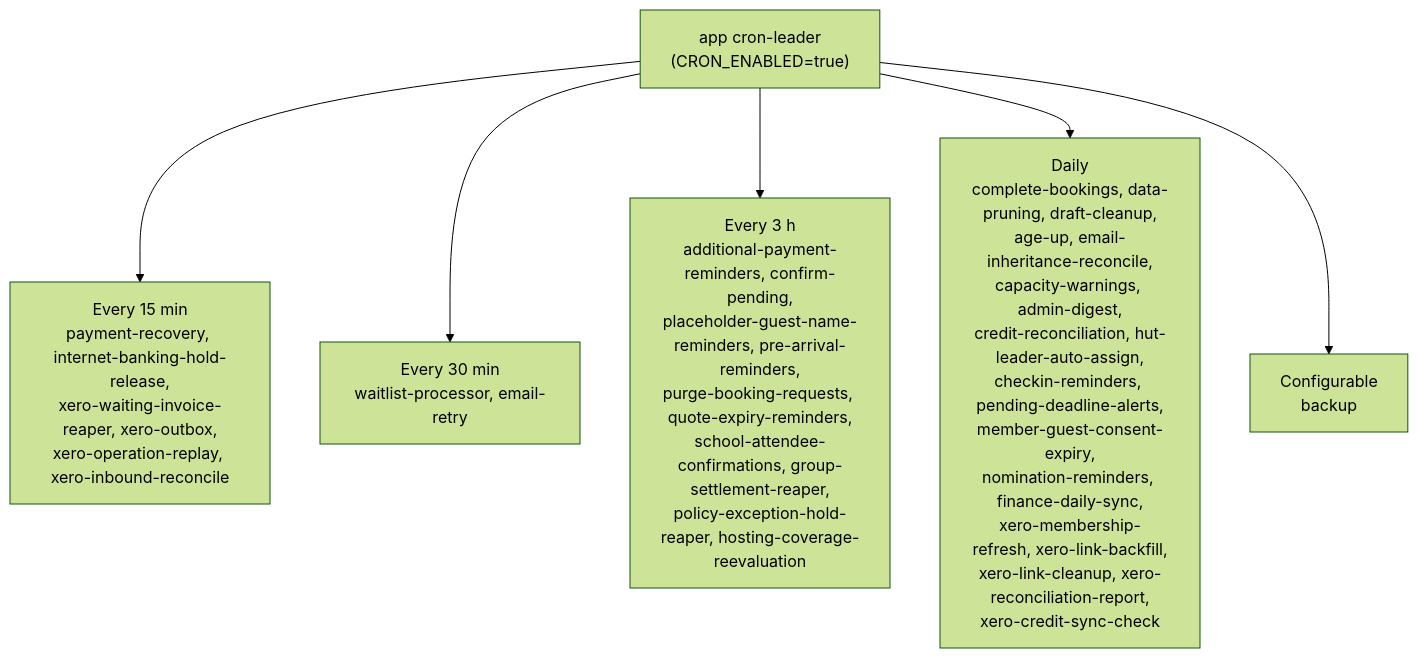
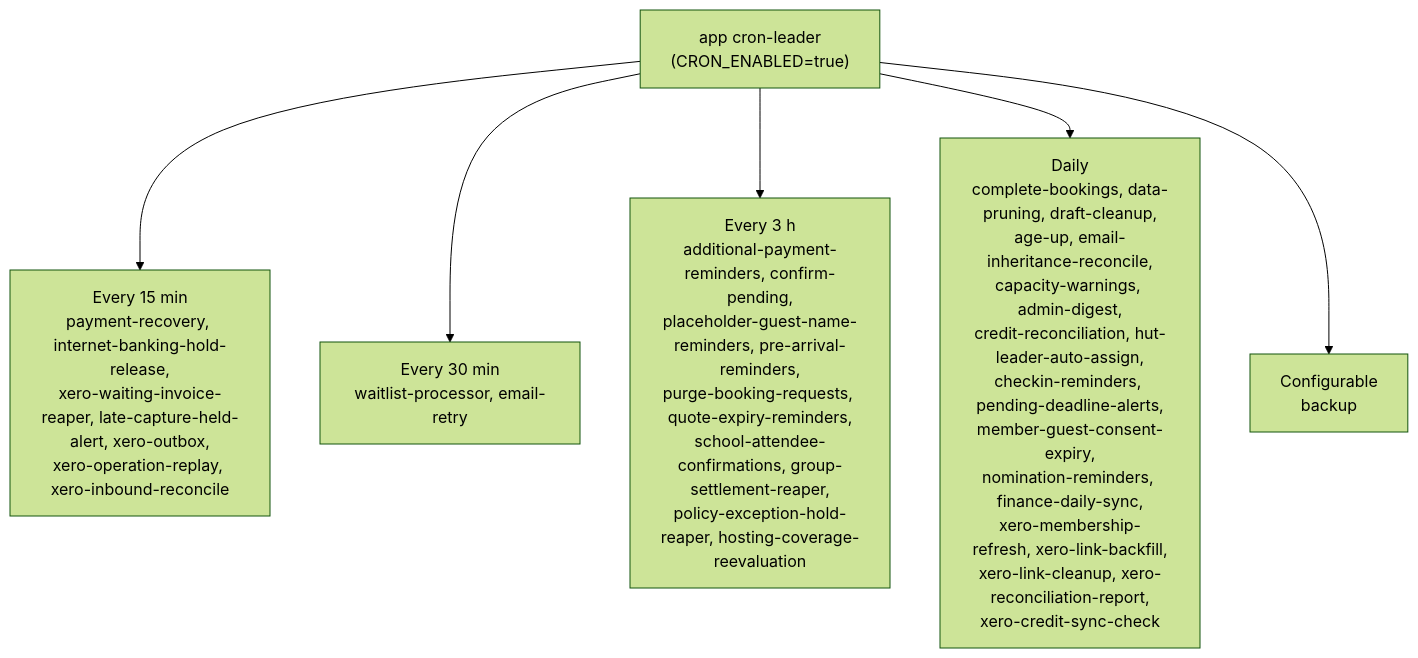
One commit to thatskiff33/AlpineClubBookingsNZ changed the fifth of 5 diagrams in docs/ARCHITECTURE.md. Above: the diagram before and after it, drawn with Mermaid (forest theme). The commit also changed other lines of this file and 7 other files, not shown here.

````diff
--- a/docs/ARCHITECTURE.md
+++ b/docs/ARCHITECTURE.md
@@ -3134,9 +3134,9 @@
 ```mermaid
 flowchart TD
     Leader["app cron-leader<br/>(CRON_ENABLED=true)"]
-    Leader --> Q15["Every 15 min<br/>payment-recovery, internet-banking-hold-release,<br/>xero-waiting-invoice-reaper, xero-outbox,<br/>xero-operation-replay, xero-inbound-reconcile"]
+    Leader --> Q15["Every 15 min<br/>payment-recovery, internet-banking-hold-release,<br/>xero-waiting-invoice-reaper, late-capture-held-alert, xero-outbox,<br/>xero-operation-replay, xero-inbound-reconcile"]
     Leader --> Q30["Every 30 min<br/>waitlist-processor, email-retry"]
     Leader --> Q3h["Every 3 h<br/>additional-payment-reminders, confirm-pending,<br/>placeholder-guest-name-reminders, pre-arrival-reminders,<br/>purge-booking-requests, quote-expiry-reminders,<br/>school-attendee-confirmations, group-settlement-reaper,<br/>policy-exception-hold-reaper, hosting-coverage-reevaluation"]
     Leader --> Daily["Daily<br/>complete-bookings, data-pruning, draft-cleanup,<br/>age-up, email-inheritance-reconcile,<br/>capacity-warnings, admin-digest,<br/>credit-reconciliation, hut-leader-auto-assign,<br/>checkin-reminders, pending-deadline-alerts,<br/>member-guest-consent-expiry,<br/>nomination-reminders, finance-daily-sync,<br/>xero-membership-refresh, xero-link-backfill,<br/>xero-link-cleanup, xero-reconciliation-report,<br/>xero-credit-sync-check"]
     Leader --> Cfg["Configurable<br/>backup"]
 ```
````
